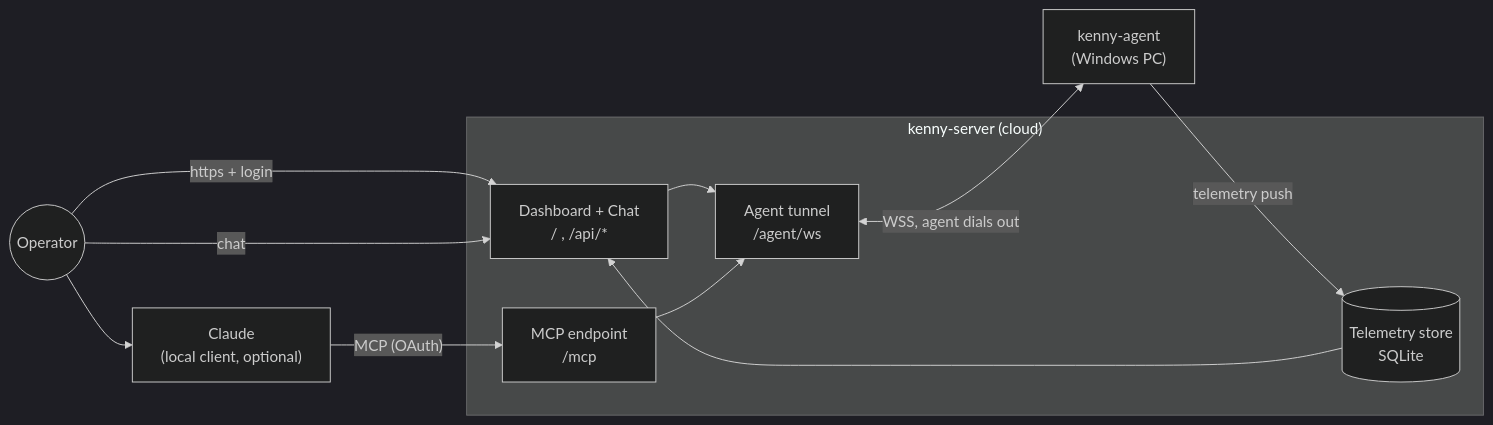
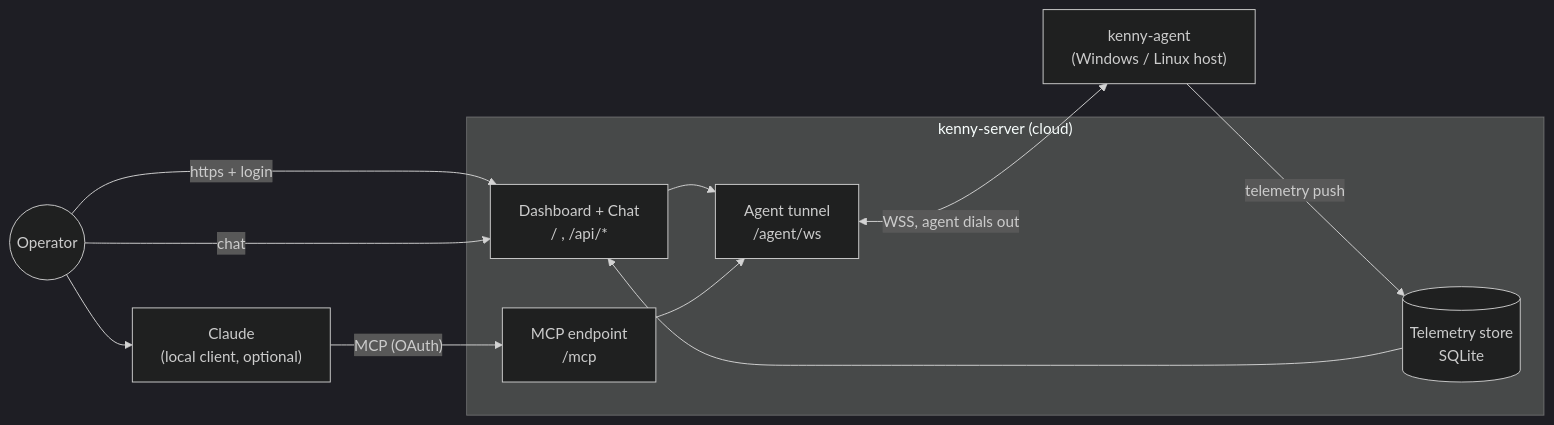
The first of 4 diagrams in docs/user-guide.md (nullthrone/kenny), drawn with Mermaid (dark theme) before and after one commit. The commit also changed other lines of this file and 8 other files, not shown here.

````diff
--- a/docs/user-guide.md
+++ b/docs/user-guide.md
@@ -28,21 +28,21 @@
 ```mermaid
 flowchart LR
   Operator(("Operator"))
   subgraph Server["kenny-server (cloud)"]
     UI["Dashboard + Chat<br/>/ , /api/*"]
     MCP["MCP endpoint<br/>/mcp"]
     Tunnel["Agent tunnel<br/>/agent/ws"]
     Store[("Telemetry store<br/>SQLite")]
   end
   Claude["Claude<br/>(local client, optional)"]
-  Agent["kenny-agent<br/>(Windows PC)"]
+  Agent["kenny-agent<br/>(Windows / Linux host)"]
 
   Operator -->|"https + login"| UI
   Operator -->|"chat"| UI
   Operator --> Claude -->|"MCP (OAuth)"| MCP
   UI --> Tunnel
   MCP --> Tunnel
   Tunnel <-->|"WSS, agent dials out"| Agent
   Agent -->|"telemetry push"| Store
   Store --> UI
 ```
````
